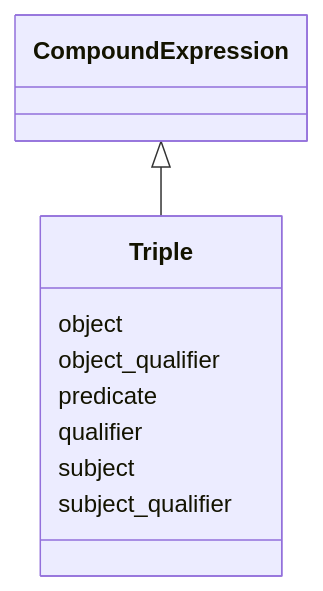
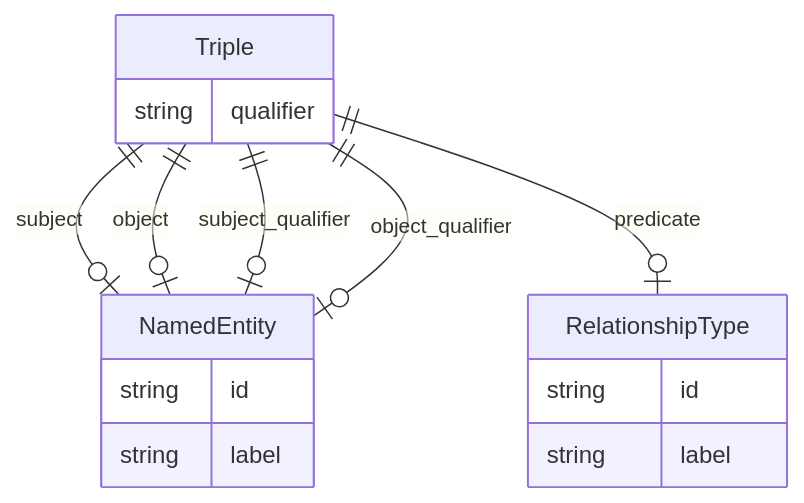
One commit to monarch-initiative/ontogpt changed the diagram in docs/recipe/Triple.md. Above: the diagram before and after it, drawn with Mermaid. The commit also changed 52 other files, not shown here.

````diff
--- a/docs/recipe/Triple.md
+++ b/docs/recipe/Triple.md
@@ -12,13 +12,21 @@
 ```mermaid
- classDiagram
-    class Triple
-      CompoundExpression <|-- Triple
-      
-      Triple : object
-      Triple : object_qualifier
-      Triple : predicate
-      Triple : qualifier
-      Triple : subject
-      Triple : subject_qualifier
-      
+erDiagram
+Triple {
+    string qualifier  
+}
+NamedEntity {
+    string id  
+    string label  
+}
+RelationshipType {
+    string id  
+    string label  
+}
+
+Triple ||--|o NamedEntity : "subject"
+Triple ||--|o RelationshipType : "predicate"
+Triple ||--|o NamedEntity : "object"
+Triple ||--|o NamedEntity : "subject_qualifier"
+Triple ||--|o NamedEntity : "object_qualifier"
+
 ```
````
